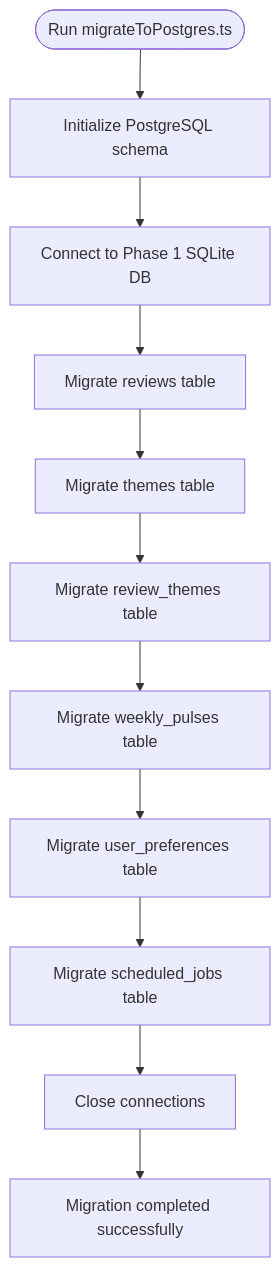
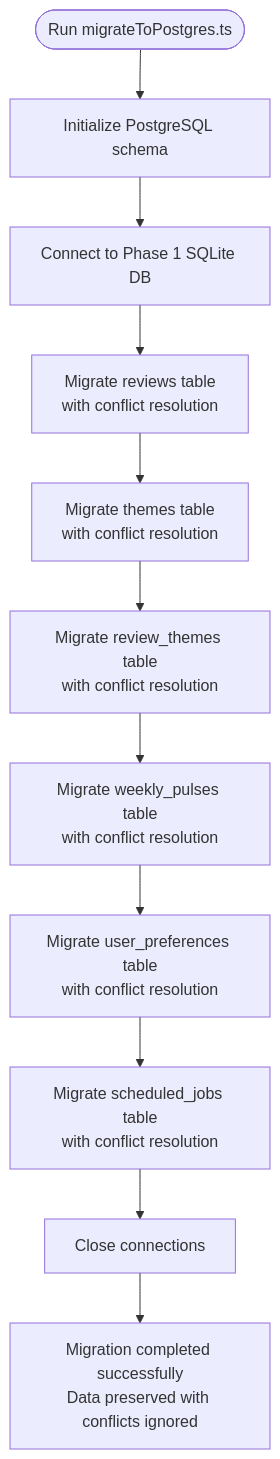
The fourth of 14 diagrams in .qoder/repowiki/en/content/Phase 2_ Advanced Analytics & Automation/Phase 2_ Advanced Analytics & Automation.md (aravinthraj-ramalingam/Groww-App-Review-Insights-Analyzer-), drawn with Mermaid before and after one commit. The commit also changed other lines of this file and 4 other files, not shown here.

````diff
--- a/.qoder/repowiki/en/content/Phase 2_ Advanced Analytics & Automation/Phase 2_ Advanced Analytics & Automation.md
+++ b/.qoder/repowiki/en/content/Phase 2_ Advanced Analytics & Automation/Phase 2_ Advanced Analytics & Automation.md
@@ -264,13 +270,13 @@
 ```mermaid
 flowchart TD
 Start(["Run migrateToPostgres.ts"]) --> InitPG["Initialize PostgreSQL schema"]
 InitPG --> ConnectSQLite["Connect to Phase 1 SQLite DB"]
-ConnectSQLite --> MigrateReviews["Migrate reviews table"]
-MigrateReviews --> MigrateThemes["Migrate themes table"]
-MigrateThemes --> MigrateReviewThemes["Migrate review_themes table"]
-MigrateReviewThemes --> MigratePulses["Migrate weekly_pulses table"]
-MigratePulses --> MigratePrefs["Migrate user_preferences table"]
-MigratePrefs --> MigrateJobs["Migrate scheduled_jobs table"]
+ConnectSQLite --> MigrateReviews["Migrate reviews table<br/>with conflict resolution"]
+MigrateReviews --> MigrateThemes["Migrate themes table<br/>with conflict resolution"]
+MigrateThemes --> MigrateReviewThemes["Migrate review_themes table<br/>with conflict resolution"]
+MigrateReviewThemes --> MigratePulses["Migrate weekly_pulses table<br/>with conflict resolution"]
+MigratePulses --> MigratePrefs["Migrate user_preferences table<br/>with conflict resolution"]
+MigratePrefs --> MigrateJobs["Migrate scheduled_jobs table<br/>with conflict resolution"]
 MigrateJobs --> CloseDBs["Close connections"]
-CloseDBs --> Success["Migration completed successfully"]
+CloseDBs --> Success["Migration completed successfully<br/>Data preserved with conflicts ignored"]
 ```
````
